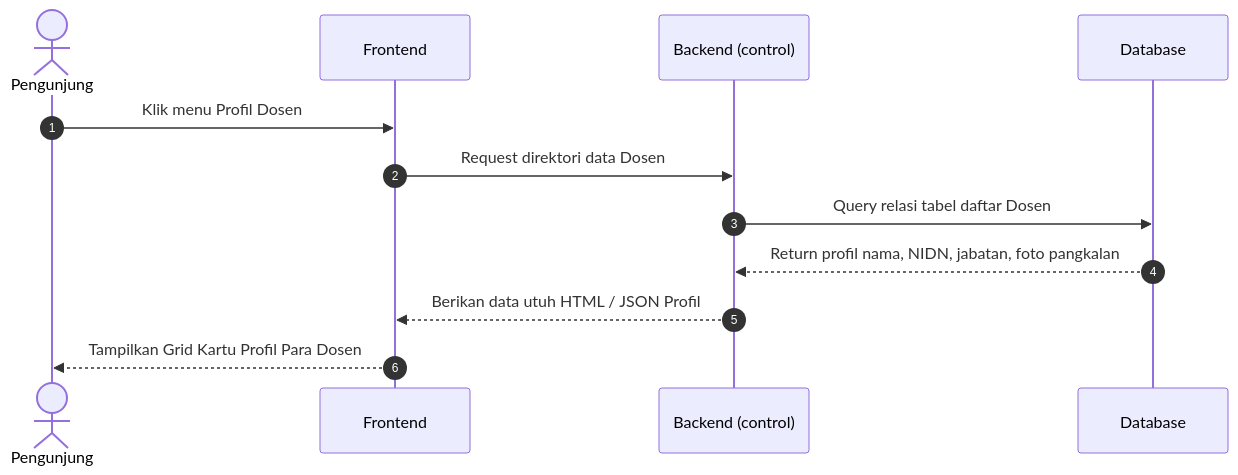
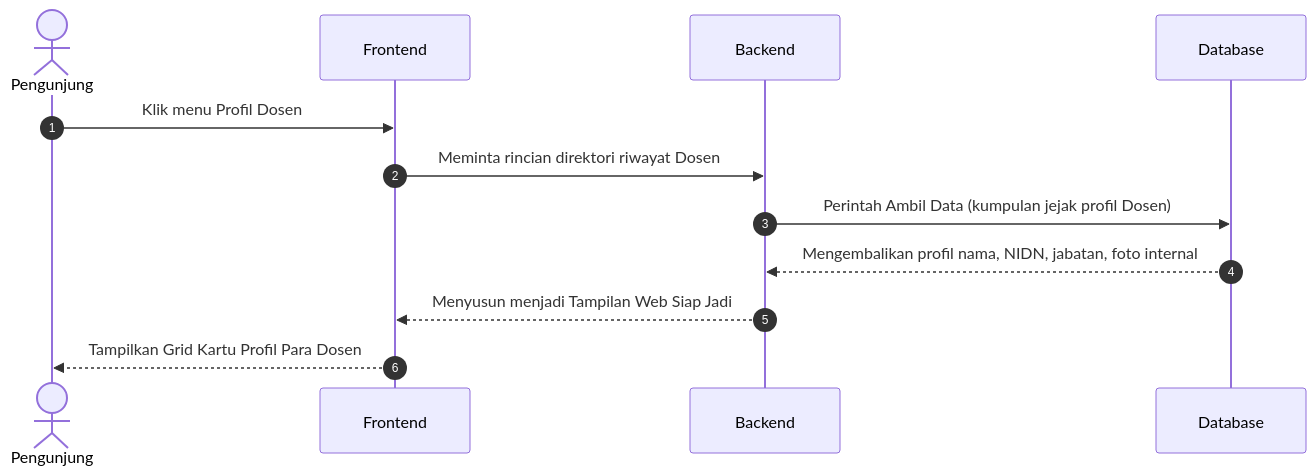
One commit to arbain-dev/Web_fikom changed the sixth of 22 diagrams in docs/kumpulan_sequence_frontend.md. Above: the diagram before and after it, drawn with Mermaid. The commit also changed other lines of this file and 1 other file, not shown here.

Commit message:
docs: menyederhanakan bahasa teknikal (query, render, html, http, json) menjadi perbendaharaan operasional sederhana di diagram aktivitas public frontend

````diff
--- a/docs/kumpulan_sequence_frontend.md
+++ b/docs/kumpulan_sequence_frontend.md
@@ -109,17 +107,17 @@
 ```mermaid
 sequenceDiagram
     autonumber
     actor User as Pengunjung
-    participant Frontend
-    participant Backend as Backend (control)
-    participant DB as Database
+    participant Frontend as Frontend
+    participant Backend as Backend
+    participant Database as Database
 
     User->>Frontend: Klik menu Profil Dosen
-    Frontend->>Backend: Request direktori data Dosen
+    Frontend->>Backend: Meminta rincian direktori riwayat Dosen
     
-    Backend->>DB: Query relasi tabel daftar Dosen
-    DB-->>Backend: Return profil nama, NIDN, jabatan, foto pangkalan
+    Backend->>Database: Perintah Ambil Data (kumpulan jejak profil Dosen)
+    Database-->>Backend: Mengembalikan profil nama, NIDN, jabatan, foto internal
     
-    Backend-->>Frontend: Berikan data utuh HTML / JSON Profil
+    Backend-->>Frontend: Menyusun menjadi Tampilan Web Siap Jadi
     Frontend-->>User: Tampilkan Grid Kartu Profil Para Dosen
 ```
````
